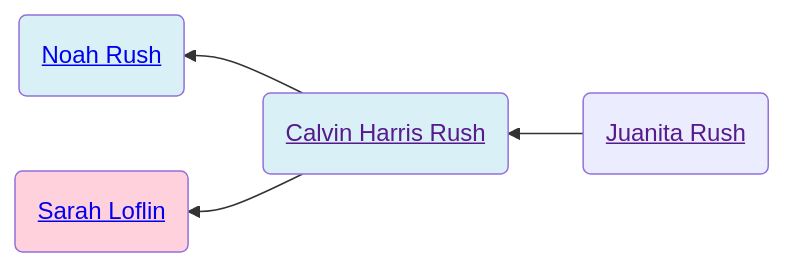
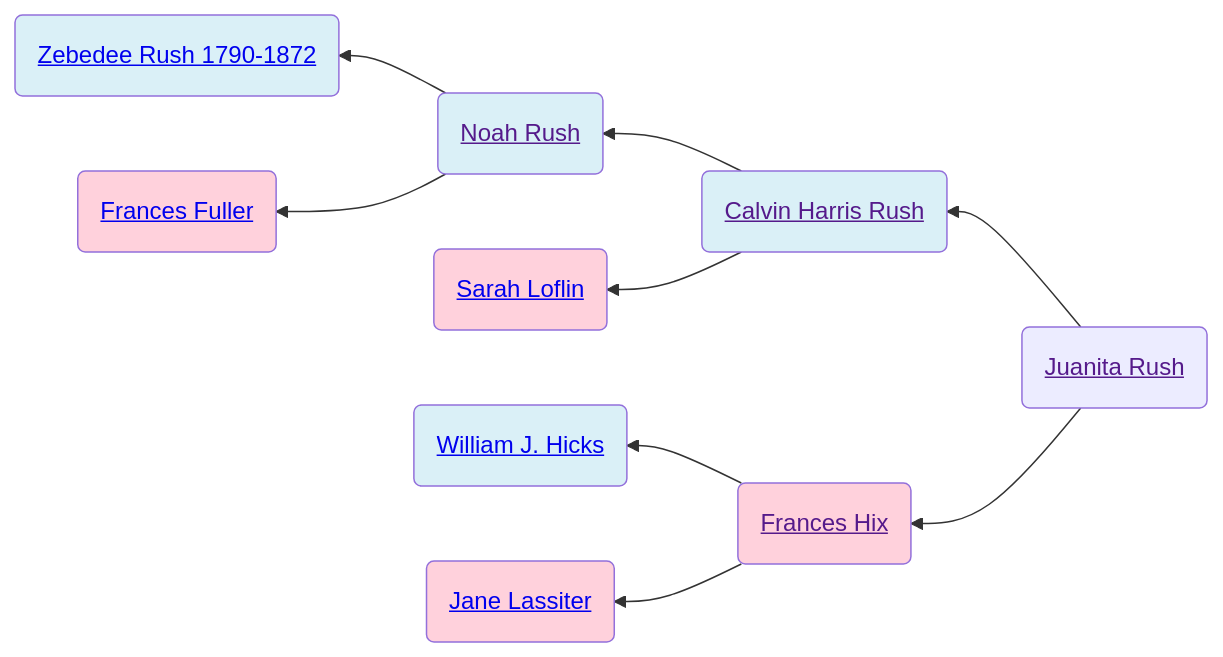
The diagram in familyhistory/sources/people/Rush-line/Juanita_Rush.qmd (neelsmith/avocational), drawn with Mermaid before and after one commit. The commit also changed other lines of this file and 42 other files, not shown here.

````diff
--- a/familyhistory/sources/people/Rush-line/Juanita_Rush.qmd
+++ b/familyhistory/sources/people/Rush-line/Juanita_Rush.qmd
@@ -19,14 +19,24 @@
 ```{mermaid}
 graph RL
 %% RL ancestor diagram
 Juanita_Rush(<a href=''>Juanita Rush</>) -->  Calvin_Harris_Rush(<a href='./Calvin_Harris_Rush.html'>Calvin Harris Rush</>)
 Calvin_Harris_Rush(<a href=''>Calvin Harris Rush</>) -->  Noah_Rush(<a href='./Noah_Rush.html'>Noah Rush</>)
+Noah_Rush(<a href=''>Noah Rush</>) -->  Zebedee_Rush_1790-1872(<a href='./Zebedee_Rush_1790-1872.html'>Zebedee Rush 1790-1872</>)
+class Zebedee_Rush_1790-1872 father
+Noah_Rush(<a href=''>Noah Rush</>)  --> Frances_Fuller(<a href='./../Randolph_county_lines/Frances_Fuller.html'>Frances Fuller</>)
+class Frances_Fuller mother
 class Noah_Rush father
 Calvin_Harris_Rush(<a href=''>Calvin Harris Rush</>)  --> Sarah_Loflin(<a href='./../Randolph_county_lines/Loflin/Sarah_Loflin.html'>Sarah Loflin</>)
 class Sarah_Loflin mother
 class Calvin_Harris_Rush father
+Juanita_Rush(<a href=''>Juanita Rush</>)  --> Frances_Hix(<a href='./../Randolph_county_lines/Hicks/Frances_Hix.html'>Frances Hix</>)
+Frances_Hix(<a href=''>Frances Hix</>) -->  William_J._Hicks(<a href='./William_J._Hicks.html'>William J. Hicks</>)
+class William_J._Hicks father
+Frances_Hix(<a href=''>Frances Hix</>)  --> Jane_Lassiter(<a href='./../Lassiter/Jane_Lassiter.html'>Jane Lassiter</>)
+class Jane_Lassiter mother
+class Frances_Hix mother
 classDef mother fill:#ffd1dc
 classDef father fill:#daf0f7  
 classDef marriage fill:#ffffff
 
 ```
````
